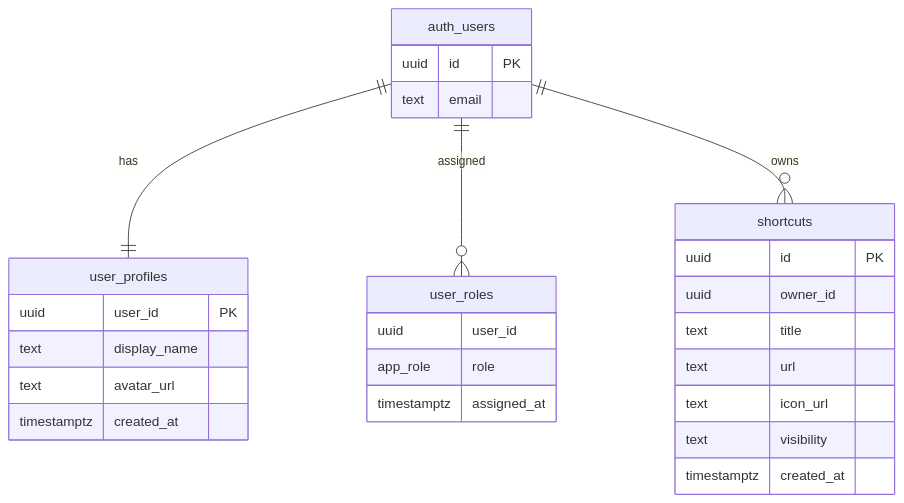
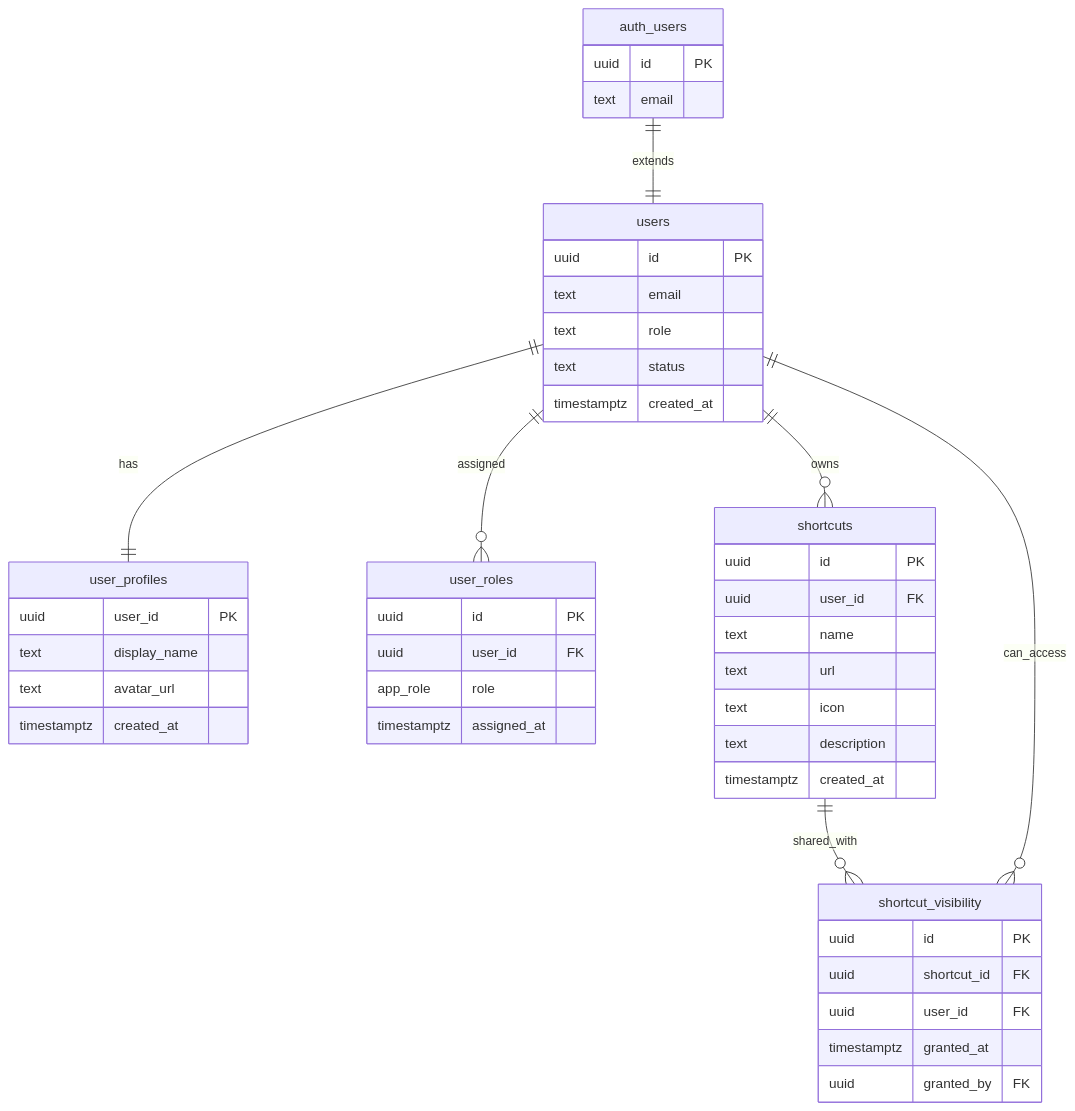
Before and after one commit to akrystev/App-Dashboard: the diagram in README.md, drawn with Mermaid. The commit also changed other lines of this file, not shown here.

Commit message:
docs: Update database schema section in README for clarity and detail

````diff
--- a/README.md
+++ b/README.md
@@ -23,34 +25,54 @@
 ```mermaid
 erDiagram
-   auth_users {
-      uuid id PK
-      text email
-   }
+  auth_users {
+    uuid id PK
+    text email
+  }
 
-   user_profiles {
-      uuid user_id PK
-      text display_name
-      text avatar_url
-      timestamptz created_at
-   }
+  users {
+    uuid id PK
+    text email
+    text role
+    text status
+    timestamptz created_at
+  }
 
-   user_roles {
-      uuid user_id
-      app_role role
-      timestamptz assigned_at
-   }
+  user_profiles {
+    uuid user_id PK
+    text display_name
+    text avatar_url
+    timestamptz created_at
+  }
 
-   shortcuts {
-      uuid id PK
-      uuid owner_id
-      text title
-      text url
-      text icon_url
-      text visibility
-      timestamptz created_at
-   }
+  user_roles {
+    uuid id PK
+    uuid user_id FK
+    app_role role
+    timestamptz assigned_at
+  }
 
-   auth_users ||--|| user_profiles : has
-   auth_users ||--o{ user_roles : assigned
-   auth_users ||--o{ shortcuts : owns
+  shortcuts {
+    uuid id PK
+    uuid user_id FK
+    text name
+    text url
+    text icon
+    text description
+    timestamptz created_at
+  }
+
+  shortcut_visibility {
+    uuid id PK
+    uuid shortcut_id FK
+    uuid user_id FK
+    timestamptz granted_at
+    uuid granted_by FK
+  }
+
+  auth_users ||--|| users : extends
+  users ||--|| user_profiles : has
+  users ||--o{ user_roles : assigned
+  users ||--o{ shortcuts : owns
+  shortcuts ||--o{ shortcut_visibility : shared_with
+  users ||--o{ shortcut_visibility : can_access
 ```
````
